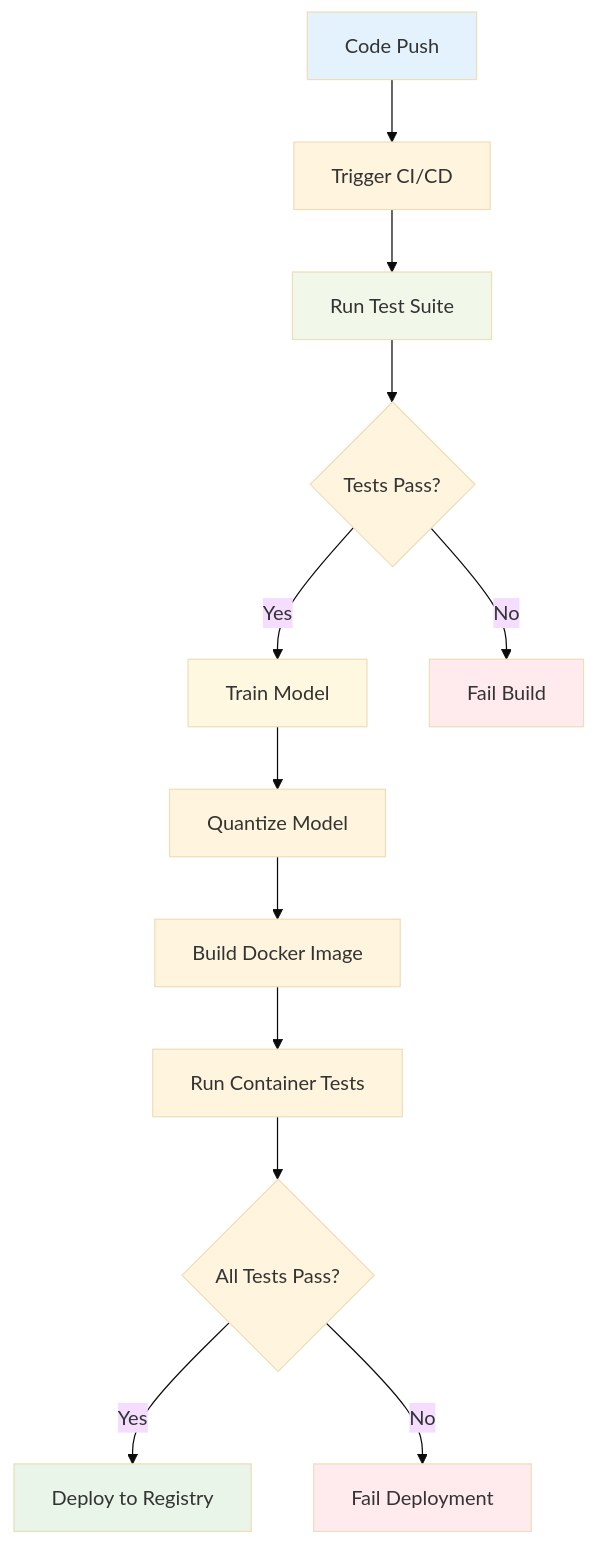
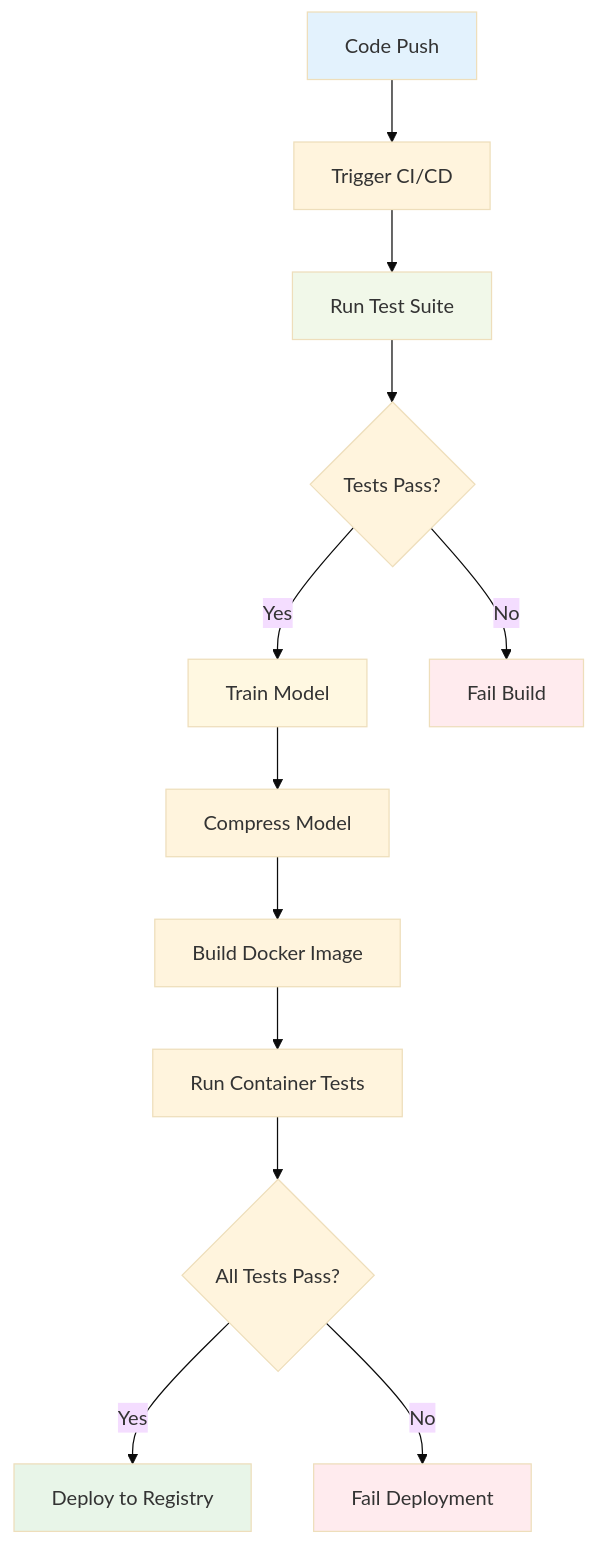
One commit to cph0r/mlops-major-exam changed the sixth of 7 diagrams in README.md. Above: the diagram before and after it, drawn with Mermaid (base theme). The commit also changed other lines of this file and 8 other files, not shown here.

````diff
--- a/README.md
+++ b/README.md
@@ -203,21 +204,21 @@
 ```mermaid
 flowchart TD
     A[Code Push] --> B[Trigger CI/CD]
     B --> C[Run Test Suite]
     C --> D{Tests Pass?}
     D -->|Yes| E[Train Model]
     D -->|No| F[Fail Build]
-    E --> G[Quantize Model]
+    E --> G[Compress Model]
     G --> H[Build Docker Image]
     H --> I[Run Container Tests]
     I --> J{All Tests Pass?}
     J -->|Yes| K[Deploy to Registry]
     J -->|No| L[Fail Deployment]
     
     style A fill:#e3f2fd
     style C fill:#f1f8e9
     style E fill:#fff8e1
     style K fill:#e8f5e8
     style F fill:#ffebee
     style L fill:#ffebee
 ```
````
